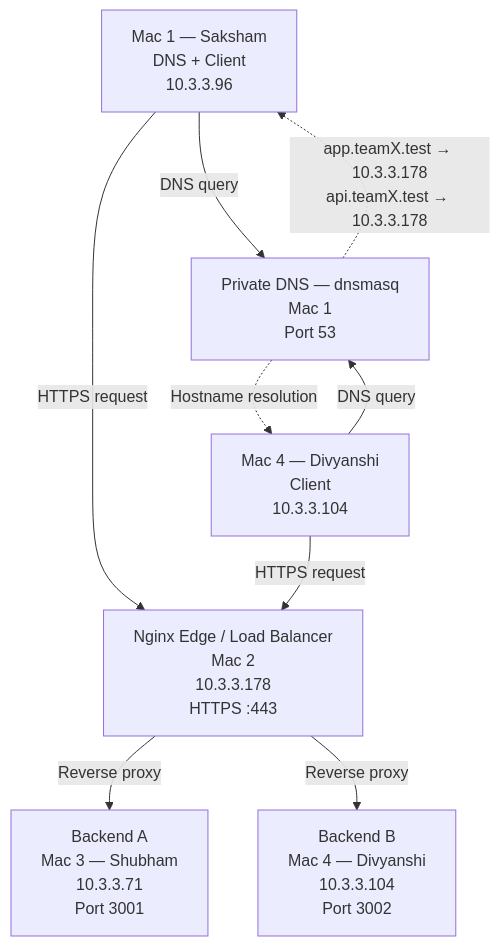
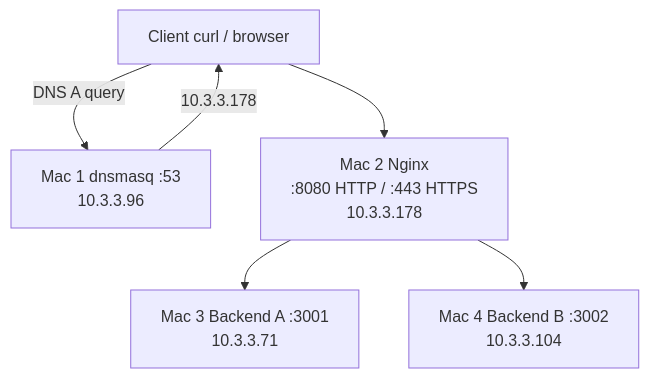
The diagram in docs/architecture.md (Lucifer-Saksham/CN-Private-Network-Platform), drawn with Mermaid before and after one commit. The commit also changed other lines of this file and 48 other files, not shown here.

````diff
--- a/docs/architecture.md
+++ b/docs/architecture.md
@@ -16,24 +11,14 @@
 ```mermaid
-flowchart TD
-    C1["Mac 1 — Saksham<br/>DNS + Client<br/>10.3.3.96"]
-    C4["Mac 4 — Divyanshi<br/>Client<br/>10.3.3.104"]
+flowchart TB
+  Client[Client curl / browser]
+  DNS[Mac 1 dnsmasq :53\n10.3.3.96]
+  NG[Mac 2 Nginx\n:8080 HTTP / :443 HTTPS\n10.3.3.178]
+  A[Mac 3 Backend A :3001\n10.3.3.71]
+  B[Mac 4 Backend B :3002\n10.3.3.104]
 
-    DNS["Private DNS — dnsmasq<br/>Mac 1<br/>Port 53"]
-
-    EDGE["Nginx Edge / Load Balancer<br/>Mac 2<br/>10.3.3.178<br/>HTTPS :443"]
-
-    A["Backend A<br/>Mac 3 — Shubham<br/>10.3.3.71<br/>Port 3001"]
-
-    B["Backend B<br/>Mac 4 — Divyanshi<br/>10.3.3.104<br/>Port 3002"]
-
-    C1 -->|"DNS query"| DNS
-    C1 -->|"HTTPS request"| EDGE
-    C4 -->|"DNS query"| DNS
-    C4 -->|"HTTPS request"| EDGE
-
-    DNS -.->|"app.teamX.test → 10.3.3.178<br/>api.teamX.test → 10.3.3.178"| C1
-    DNS -.->|"Hostname resolution"| C4
-
-    EDGE -->|"Reverse proxy"| A
-    EDGE -->|"Reverse proxy"| B
+  Client -->|DNS A query| DNS
+  DNS -->|10.3.3.178| Client
+  Client --> NG
+  NG --> A
+  NG --> B
 ```
````
